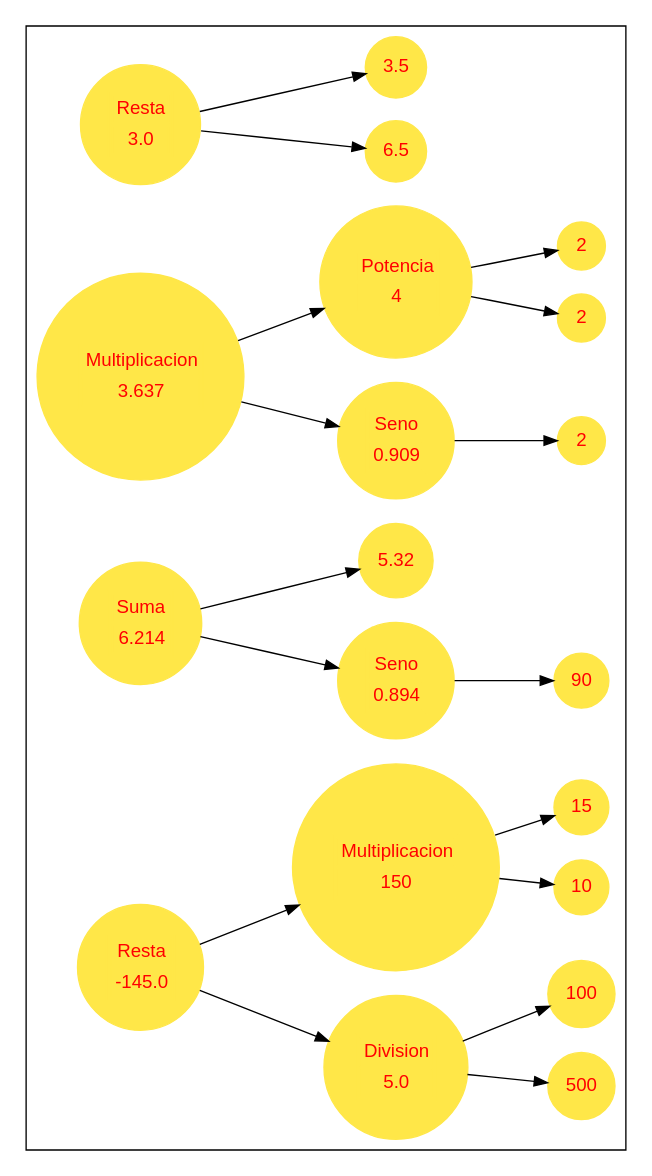
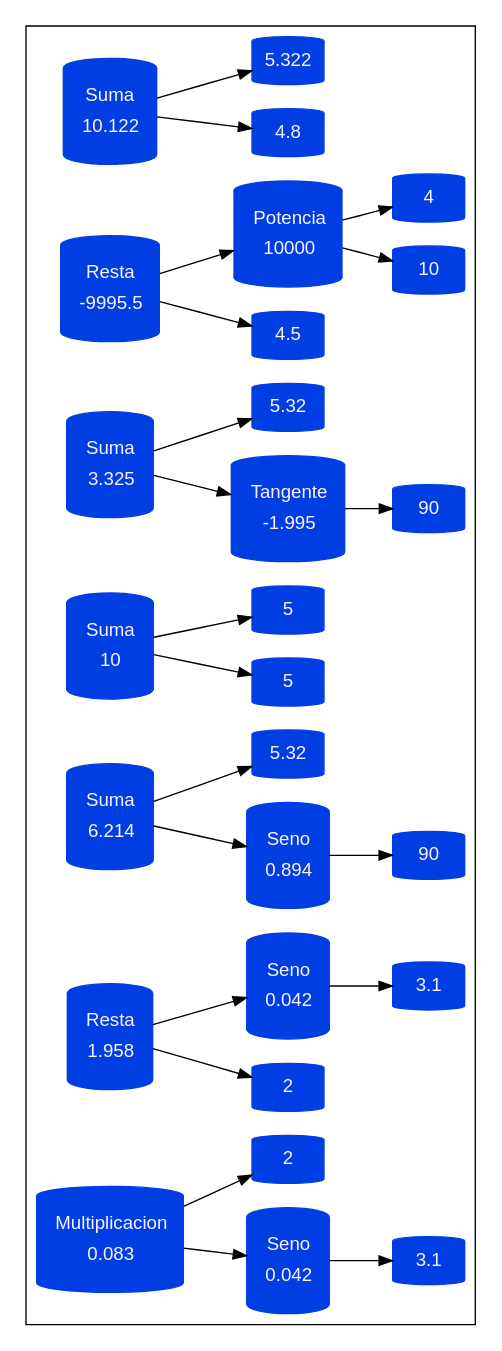
One commit to Juanj098/-LFP-Proyecto1_201900532 changed the diagram in proyecto.dot. Above: the diagram before and after it, drawn with Graphviz. The commit also changed 31 other files, not shown here.

```diff
--- a/proyecto.dot
+++ b/proyecto.dot
@@ -1,46 +1,57 @@
 
         digraph G{
             rankdir = LR
 	        fontname="Helvetica,Arial,sans-serif"
 	        node [fontname="Helvetica,Arial,sans-serif"]
             edge [fontname="Helvetica,Arial,sans-serif"]
-        	node [shape = "circle" color = "#ffe748" style = filled fontcolor = "#ff0000"]
+        	node [shape = "cylinder" color = "#003ee3" style = filled fontcolor = "#f8f5ff"]
 			subgraph cluster0{
-				nodo1[label=<<table><tr><td>Resta</td></tr><tr><td>3.0</td></tr></table>>]
-				nodo8[label="6.5"]
+				nodo1[label=<<table><tr><td>Suma</td></tr><tr><td>10.122</td></tr></table>>]
+				nodo8[label="4.8"]
 				nodo1->nodo8
-				nodo16[label="3.5"]
+				nodo16[label="5.322"]
 				nodo1->nodo16
-				nodo2[label=<<table><tr><td>Multiplicacion</td></tr><tr><td>3.637</td></tr></table>>]
-				nodoB9[label=<<table><tr><td>Seno</td></tr><tr><td>0.909</td></tr></table>>]
-				nodoB12[label ="2"]
-				nodo2->nodoB9
-				nodoB9->nodoB12
-				nodoY17[label=<<table><tr><td>Potencia</td></tr><tr><td>4</td></tr></table>>]
-				nodoY20[label="2"]
-				nodoY28[label="2"]
+				nodo2[label=<<table><tr><td>Resta</td></tr><tr><td>-9995.5</td></tr></table>>]
+				nodo9[label="4.5"]
+				nodo2->nodo9
+				nodoY17[label=<<table><tr><td>Potencia</td></tr><tr><td>10000</td></tr></table>>]
+				nodoY20[label="10"]
+				nodoY28[label="4"]
 				nodo2->nodoY17
 				nodoY17->nodoY20
 				nodoY17->nodoY28
-				nodo3[label=<<table><tr><td>Suma</td></tr><tr><td>6.214</td></tr></table>>]
-				nodoB10[label=<<table><tr><td>Seno</td></tr><tr><td>0.894</td></tr></table>>]
+				nodo3[label=<<table><tr><td>Suma</td></tr><tr><td>3.325</td></tr></table>>]
+				nodoB10[label=<<table><tr><td>Tangente</td></tr><tr><td>-1.995</td></tr></table>>]
 				nodoB13[label ="90"]
 				nodo3->nodoB10
 				nodoB10->nodoB13
 				nodo18[label="5.32"]
 				nodo3->nodo18
-				nodo4[label=<<table><tr><td>Resta</td></tr><tr><td>-145.0</td></tr></table>>]
-				nodoA11[label=<<table><tr><td>Division</td></tr><tr><td>5.0</td></tr></table>>]
-				nodoA14[label="500"]
-				nodoA26[label="100"]
-				nodo4->nodoA11
-				nodoA11->nodoA14
-				nodoA11->nodoA26
-				nodoY19[label=<<table><tr><td>Multiplicacion</td></tr><tr><td>150</td></tr></table>>]
-				nodoY22[label="10"]
-				nodoY30[label="15"]
-				nodo4->nodoY19
-				nodoY19->nodoY22
-				nodoY19->nodoY30
+				nodo4[label=<<table><tr><td>Suma</td></tr><tr><td>10</td></tr></table>>]
+				nodo11[label="5"]
+				nodo4->nodo11
+				nodo19[label="5"]
+				nodo4->nodo19
+				nodo5[label=<<table><tr><td>Suma</td></tr><tr><td>6.214</td></tr></table>>]
+				nodoB12[label=<<table><tr><td>Seno</td></tr><tr><td>0.894</td></tr></table>>]
+				nodoB15[label ="90"]
+				nodo5->nodoB12
+				nodoB12->nodoB15
+				nodo20[label="5.32"]
+				nodo5->nodo20
+				nodo6[label=<<table><tr><td>Resta</td></tr><tr><td>1.958</td></tr></table>>]
+				nodo13[label="2"]
+				nodo6->nodo13
+				nodoZ21[label=<<table><tr><td>Seno</td></tr><tr><td>0.042</td></tr></table>>]
+				nodoZ18[label="3.1"]
+				nodo6->nodoZ21
+				nodoZ21->nodoZ18
+				nodo7[label=<<table><tr><td>Multiplicacion</td></tr><tr><td>0.083</td></tr></table>>]
+				nodoB14[label=<<table><tr><td>Seno</td></tr><tr><td>0.042</td></tr></table>>]
+				nodoB17[label ="3.1"]
+				nodo7->nodoB14
+				nodoB14->nodoB17
+				nodo22[label="2"]
+				nodo7->nodo22
 			}
 }
```
